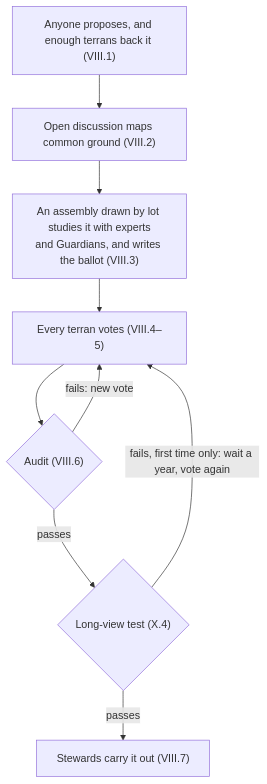
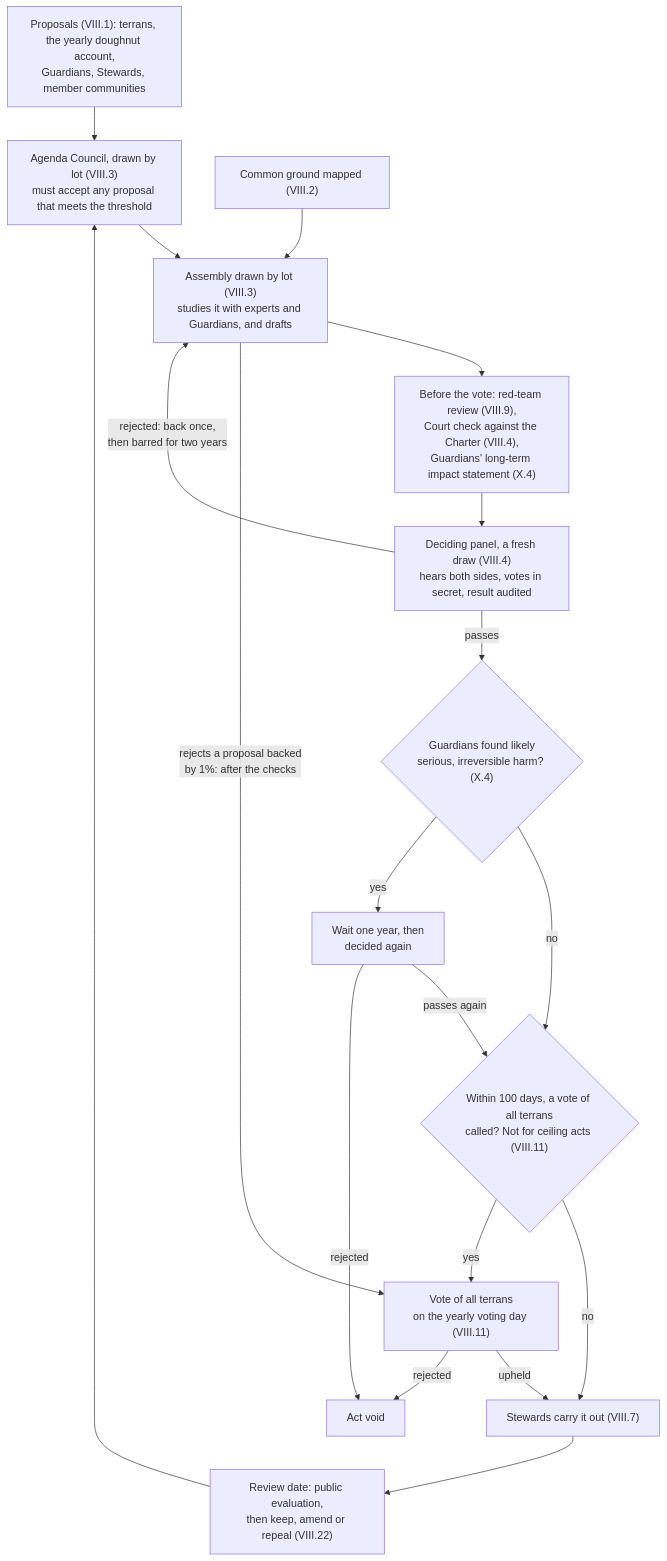
Before and after one commit to KaraZajac/TERRAN: the diagram in CHARTER.md, drawn with Mermaid. The commit also changed other lines of this file and 7 other files, not shown here.

````diff
--- a/CHARTER.md
+++ b/CHARTER.md
@@ -154,16 +160,32 @@
 ```mermaid
 flowchart TD
-    propose["Anyone proposes, and enough terrans back it (VIII.1)"]
-    ground["Open discussion maps common ground (VIII.2)"]
-    assembly["An assembly drawn by lot studies it with experts<br/>and Guardians, and writes the ballot (VIII.3)"]
-    vote["Every terran votes (VIII.4–5)"]
-    audit{"Audit (VIII.6)"}
-    longview{"Long-view test (X.4)"}
+    sources["Proposals (VIII.1): terrans, the yearly doughnut account,<br/>Guardians, Stewards, member communities"]
+    agenda["Agenda Council, drawn by lot (VIII.3)<br/>must accept any proposal that meets the threshold"]
+    ground["Common ground mapped (VIII.2)"]
+    assembly["Assembly drawn by lot (VIII.3)<br/>studies it with experts and Guardians, and drafts"]
+    checks["Before the vote: red-team review (VIII.9),<br/>Court check against the Charter (VIII.4),<br/>Guardians' long-term impact statement (X.4)"]
+    panel["Deciding panel, a fresh draw (VIII.4)<br/>hears both sides, votes in secret, result audited"]
+    longview{"Guardians found likely<br/>serious, irreversible harm? (X.4)"}
+    wait["Wait one year, then<br/>decided again"]
+    veto{"Within 100 days, a vote of all terrans<br/>called? Not for ceiling acts (VIII.11)"}
+    everyone["Vote of all terrans<br/>on the yearly voting day (VIII.11)"]
     stewards["Stewards carry it out (VIII.7)"]
+    review["Review date: public evaluation,<br/>then keep, amend or repeal (VIII.22)"]
+    void["Act void"]
 
-    propose --> ground --> assembly --> vote --> audit
-    audit -->|"fails: new vote"| vote
-    audit -->|"passes"| longview
-    longview -->|"fails, first time only: wait a year, vote again"| vote
-    longview -->|"passes"| stewards
+    sources --> agenda --> assembly
+    ground --> assembly
+    assembly --> checks --> panel
+    assembly -->|"rejects a proposal backed<br/>by 1%: after the checks"| everyone
+    panel -->|"rejected: back once,<br/>then barred for two years"| assembly
+    panel -->|"passes"| longview
+    longview -->|"no"| veto
+    longview -->|"yes"| wait
+    wait -->|"passes again"| veto
+    wait -->|"rejected"| void
+    veto -->|"no"| stewards
+    veto -->|"yes"| everyone
+    everyone -->|"upheld"| stewards
+    everyone -->|"rejected"| void
+    stewards --> review --> agenda
 ```
````
